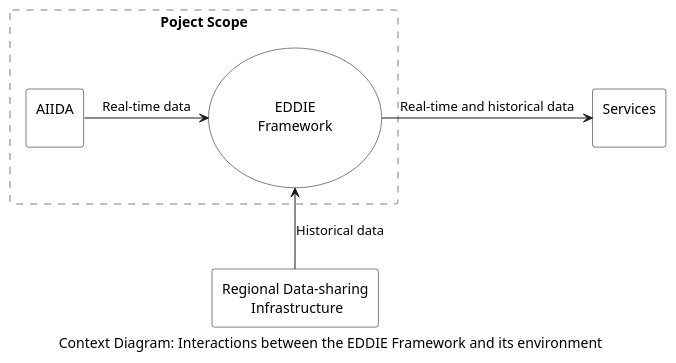
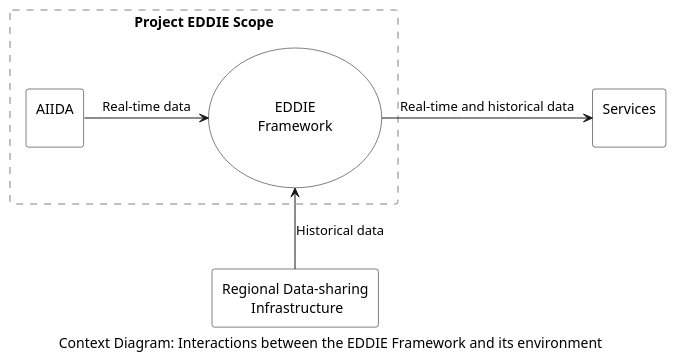
The diagram in arc42/03-context-and-scope/figures/context-diagram.puml (eddie-energy/architecture), drawn with PlantUML before and after one commit. The commit also changed 1 other file, not shown here.

Commit message:
Fix typo in context diagram

```diff
--- a/arc42/03-context-and-scope/figures/context-diagram.puml
+++ b/arc42/03-context-and-scope/figures/context-diagram.puml
@@ -1,31 +1,31 @@
 @startuml context-diagram
 'context diagram
 caption Context Diagram: Interactions between the EDDIE Framework and its environment
 
 ' skinparam linetype ortho
 skinparam usecase {
   BorderColor black
   BackgroundColor transparent
 }
 skinparam rectangle {
   BorderColor black
   BackgroundColor transparent
 }
 
-rectangle "Poject Scope" #line:Gray;line.dashed {
+rectangle "Project EDDIE Scope" #line:Gray;line.dashed {
 
   usecase "\n\nEDDIE\nFramework\n\n" as eddie
   ' #52cbff
   rectangle "AIIDA\n" as aiida
   ' #ffbd38
 }
 rectangle "Regional Data-sharing\n\tInfrastructure" as energy
 ' #7aff83
 rectangle "Services\n" as services
 ' #ff52ab
 
 aiida -right-> eddie :Real-time data
 energy -up-> eddie :Historical data
 eddie -right-> services :Real-time and historical data
 
 @enduml
```
